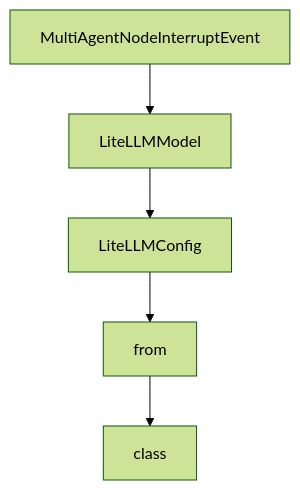
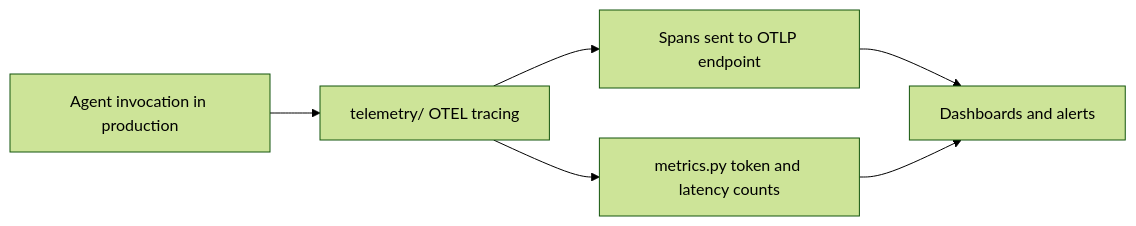
The diagram in tutorials/strands-agents-tutorial/07-deployment-and-production-operations.md (johnxie/awesome-code-docs), drawn with Mermaid (forest theme) before and after one commit. The commit also changed other lines of this file and 1232 other files, not shown here.

````diff
--- a/tutorials/strands-agents-tutorial/07-deployment-and-production-operations.md
+++ b/tutorials/strands-agents-tutorial/07-deployment-and-production-operations.md
@@ -206,12 +56,8 @@
 ```mermaid
-flowchart TD
-    A[MultiAgentNodeInterruptEvent]
-    B[LiteLLMModel]
-    C[LiteLLMConfig]
-    D[from]
-    E[class]
-    A --> B
-    B --> C
-    C --> D
-    D --> E
+flowchart LR
+    A[Agent invocation in production] --> B[telemetry/ OTEL tracing]
+    B --> C[Spans sent to OTLP endpoint]
+    C --> D[Dashboards and alerts]
+    B --> E[metrics.py token and latency counts]
+    E --> D
 ```
````
